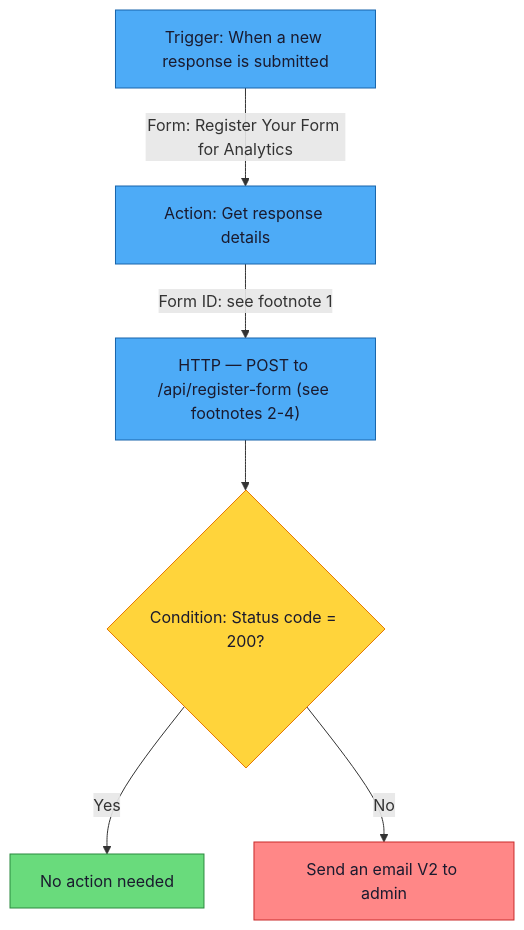
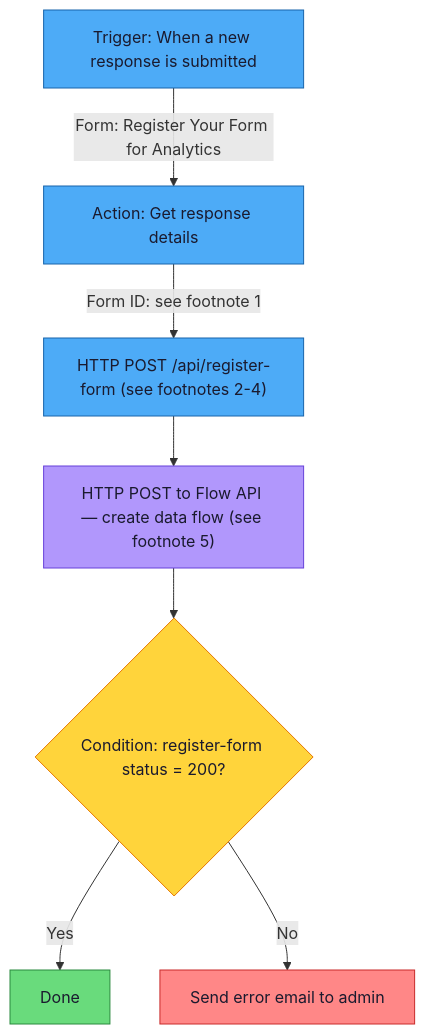
The first of 2 diagrams in docs/registration-form-template.md (michaelhuot-msft/forms-to-fabric), drawn with Mermaid before and after one commit. The commit also changed other lines of this file and 1 other file, not shown here.

First line of the commit message:
Move flow creation from Azure Function to PA flow

````diff
--- a/docs/registration-form-template.md
+++ b/docs/registration-form-template.md
@@ -86,27 +86,32 @@
 ```mermaid
 flowchart TD
     T[Trigger: When a new response is submitted]
     T -->|"Form: Register Your Form for Analytics"| G
 
     G[Action: Get response details]
     G -->|"Form ID: see footnote 1"| H
 
-    H["HTTP — POST to /api/register-form (see footnotes 2-4)"]
-    H --> C
+    H["HTTP POST /api/register-form (see footnotes 2-4)"]
+    H --> F
 
-    C{Condition: Status code = 200?}
-    C -- Yes --> OK[No action needed]
-    C -- No --> ERR[Send an email V2 to admin]
+    F["HTTP POST to Flow API — create data flow (see footnote 5)"]
+    F --> C
+
+    C{Condition: register-form status = 200?}
+    C -- Yes --> OK[Done]
+    C -- No --> ERR[Send error email to admin]
 
     classDef primary fill:#4dabf7,stroke:#1864ab,color:#1a1a2e
     classDef success fill:#69db7c,stroke:#2b8a3e,color:#1a1a2e
     classDef warning fill:#ffd43b,stroke:#e67700,color:#1a1a2e
     classDef danger fill:#ff8787,stroke:#c92a2a,color:#1a1a2e
+    classDef info fill:#b197fc,stroke:#6741d9,color:#1a1a2e
 
     T:::primary
     G:::primary
     H:::primary
+    F:::info
     C:::warning
     OK:::success
     ERR:::danger
 ```
````
